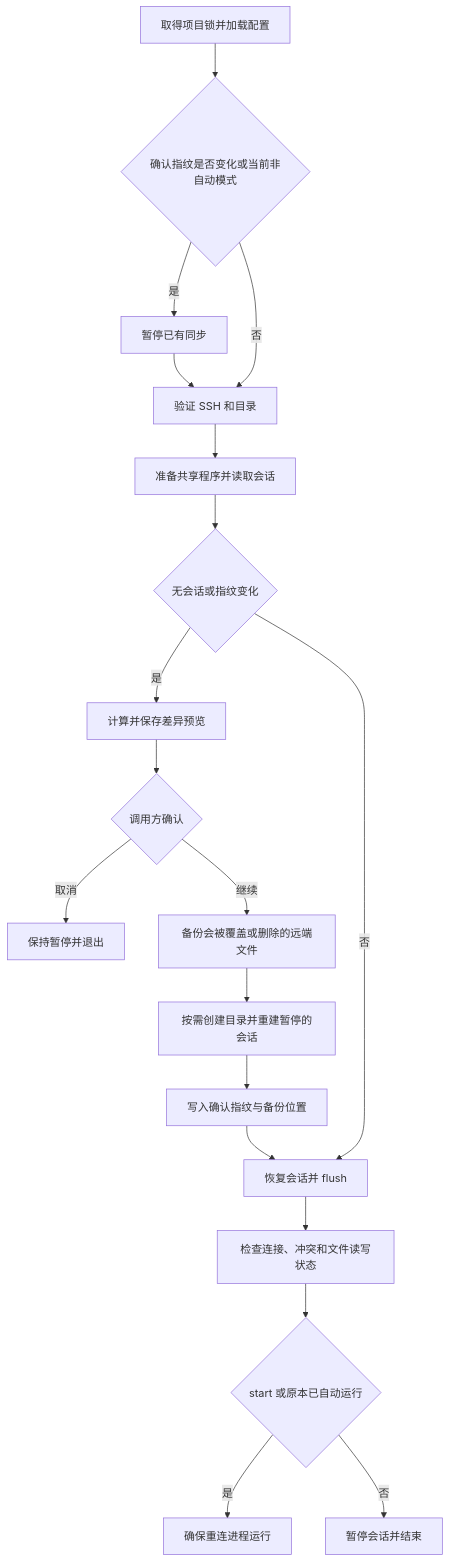
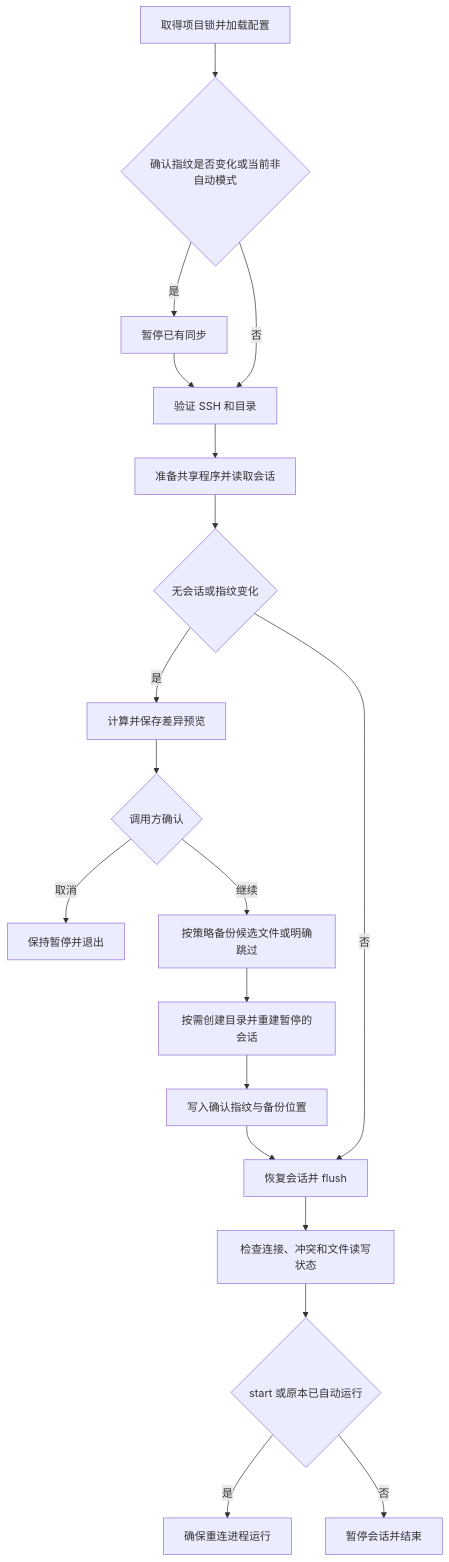
Before and after one commit to zZOMZz/devsync: the second of 2 diagrams in docs/architecture.md, drawn with Mermaid. The commit also changed other lines of this file and 7 other files, not shown here.

````diff
--- a/docs/architecture.md
+++ b/docs/architecture.md
@@ -58,21 +64,21 @@
 ```mermaid
 flowchart TD
     Begin[取得项目锁并加载配置] --> Check{确认指纹是否变化或当前非自动模式}
     Check -->|是| Pause[暂停已有同步]
     Check -->|否| Verify[验证 SSH 和目录]
     Pause --> Verify
     Verify --> Tool[准备共享程序并读取会话]
     Tool --> Need{无会话或指纹变化}
     Need -->|是| Preview[计算并保存差异预览]
     Preview --> Confirm{调用方确认}
     Confirm -->|取消| Cancel[保持暂停并退出]
-    Confirm -->|继续| Backup[备份会被覆盖或删除的远端文件]
+    Confirm -->|继续| Backup[按策略备份候选文件或明确跳过]
     Backup --> Create[按需创建目录并重建暂停的会话]
     Create --> Accept[写入确认指纹与备份位置]
     Need -->|否| Resume[恢复会话并 flush]
     Accept --> Resume
     Resume --> Healthy[检查连接、冲突和文件读写状态]
     Healthy --> Mode{start 或原本已自动运行}
     Mode -->|是| Auto[确保重连进程运行]
     Mode -->|否| Done[暂停会话并结束]
 ```
````
